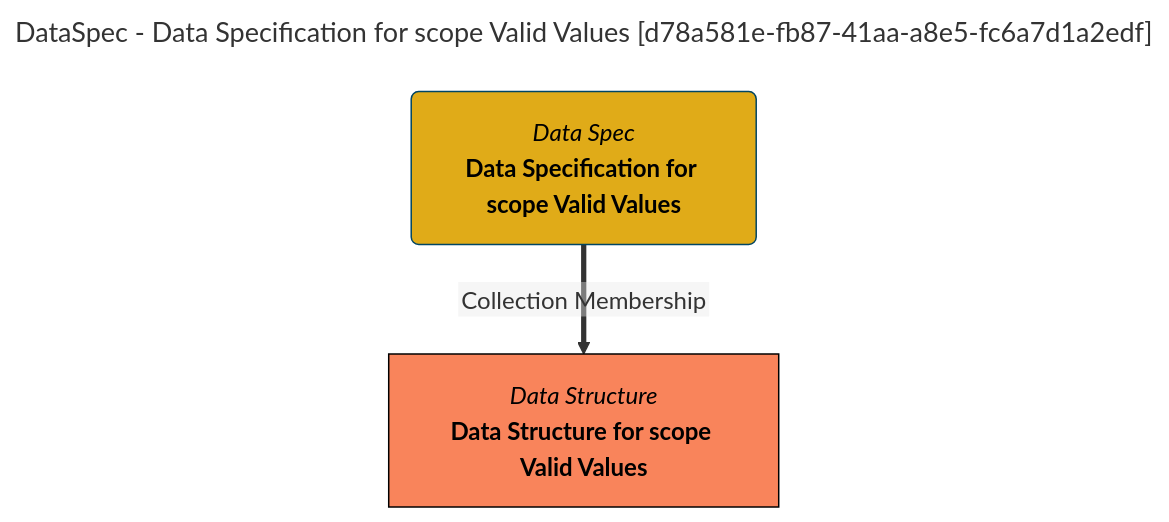
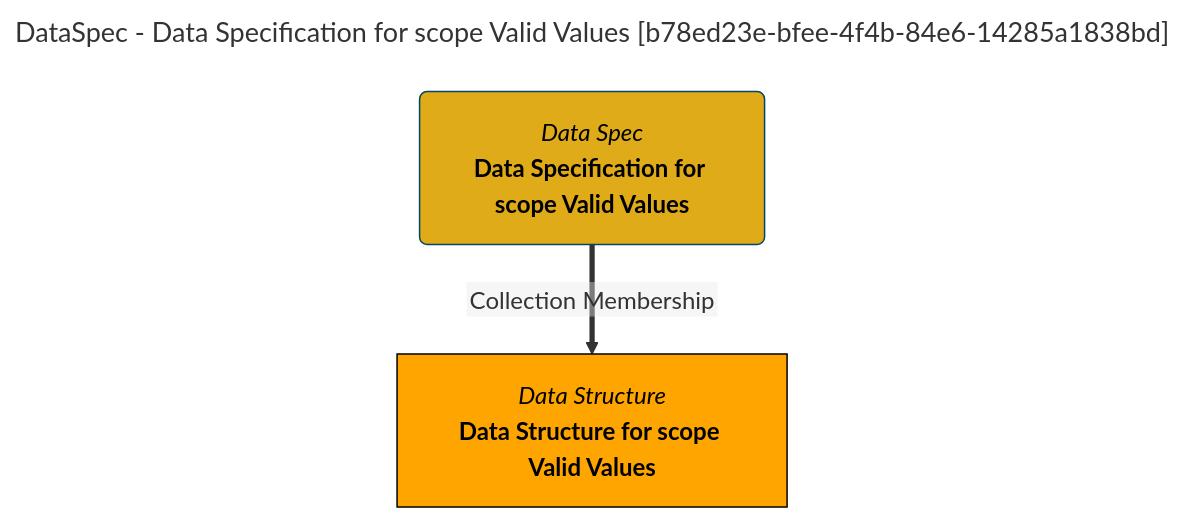
The diagram in site/snippets/collections/data-specs/data-specification-for-scope-valid-values-mermaid-graph.md (odpi/egeria-docs), drawn with Mermaid before and after one commit. The commit also changed 2201 other files, not shown here.

````diff
--- a/site/snippets/collections/data-specs/data-specification-for-scope-valid-values-mermaid-graph.md
+++ b/site/snippets/collections/data-specs/data-specification-for-scope-valid-values-mermaid-graph.md
@@ -1,15 +1,15 @@
 ```mermaid
 ---
-title: DataSpec - Data Specification for scope Valid Values [d78a581e-fb87-41aa-a8e5-fc6a7d1a2edf]
+title: DataSpec - Data Specification for scope Valid Values [b78ed23e-bfee-4f4b-84e6-14285a1838bd]
 ---
 flowchart TD
 %%{init: {"flowchart": {"htmlLabels": false}} }%%
 
 1@{ shape: rounded, label: "*Data Spec*
 **Data Specification for scope Valid Values**"}
 2@{ shape: rect, label: "*Data Structure*
 **Data Structure for scope Valid Values**"}
 1==>|"Collection Membership"|2
 style 1 color:#000000, fill:#e0ab18, stroke:#004563
-style 2 color:#000000, fill:#f9845b, stroke:#000000
+style 2 color:#000000, fill:#FFA500, stroke:#000000
 ```
````
